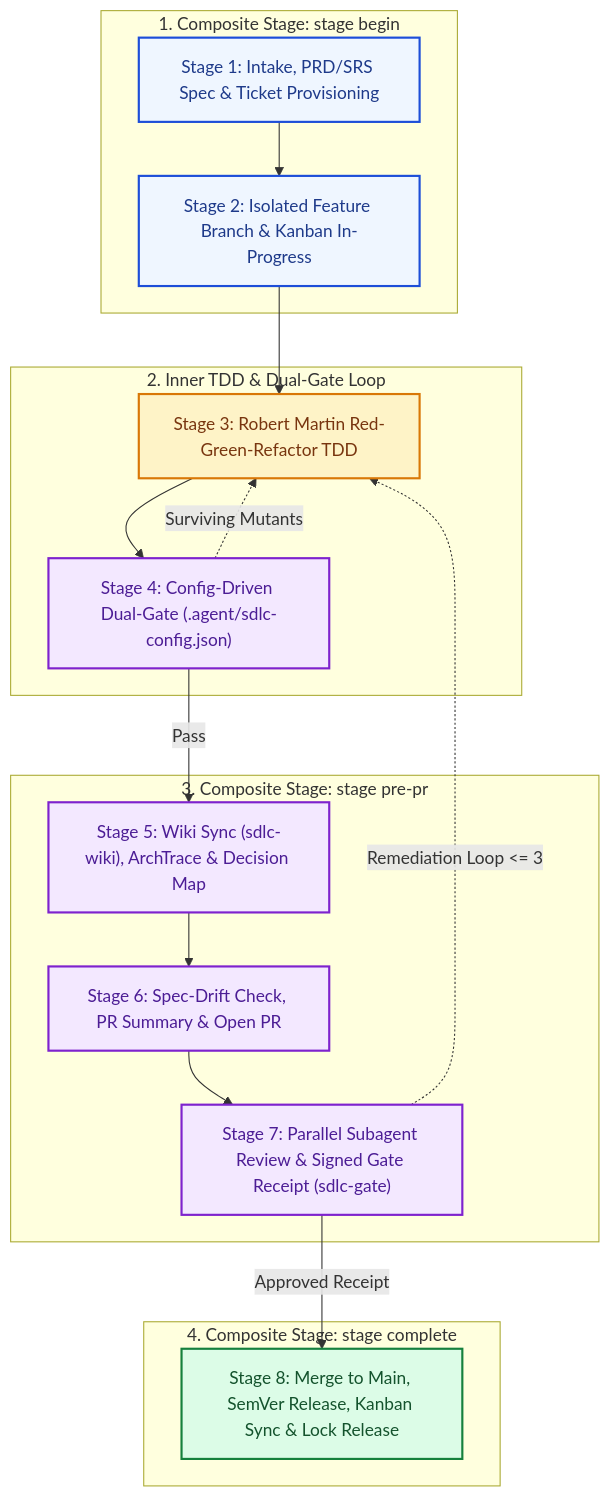
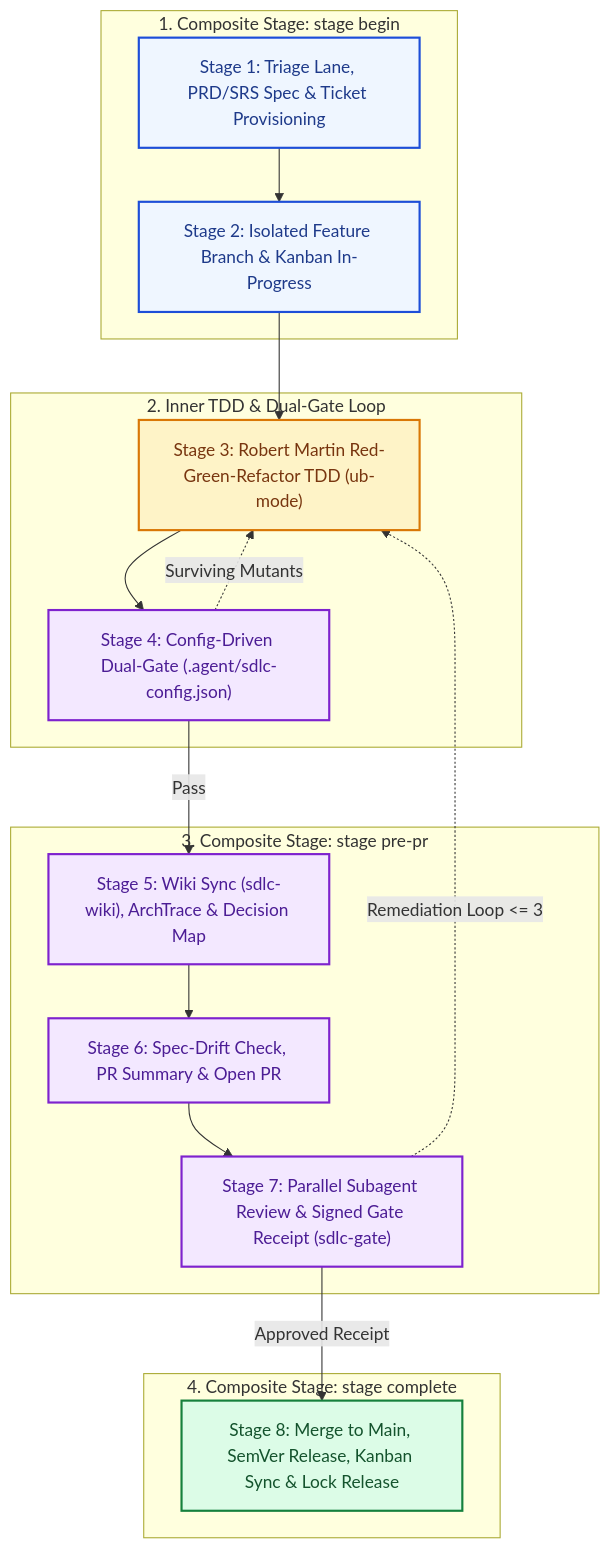
Before and after one commit to fmatar/sealit: the diagram in wiki/Home.md, drawn with Mermaid. The commit also changed other lines of this file and 21 other files, not shown here.

Commit message:
docs(#114): upgrade README, wiki, PRD & SRS with v0.4.0 architecture and Archlens links

````diff
--- a/wiki/Home.md
+++ b/wiki/Home.md
@@ -35,36 +43,36 @@
 ```mermaid
 flowchart TD
     classDef intake fill:#eff6ff,stroke:#1d4ed8,stroke-width:2px,color:#1e3a8a
     classDef build fill:#fef3c7,stroke:#d97706,stroke-width:2px,color:#78350f
     classDef verify fill:#f3e8ff,stroke:#7e22ce,stroke-width:2px,color:#4c1d95
     classDef ship fill:#dcfce7,stroke:#15803d,stroke-width:2px,color:#14532d
 
     subgraph CompositeBegin ["1. Composite Stage: stage begin"]
-      S1["Stage 1: Intake, PRD/SRS Spec & Ticket Provisioning"]:::intake
+      S1["Stage 1: Triage Lane, PRD/SRS Spec & Ticket Provisioning"]:::intake
       S2["Stage 2: Isolated Feature Branch & Kanban In-Progress"]:::intake
       S1 --> S2
     end
 
     subgraph CoreLoop ["2. Inner TDD & Dual-Gate Loop"]
-      S3["Stage 3: Robert Martin Red-Green-Refactor TDD"]:::build
+      S3["Stage 3: Robert Martin Red-Green-Refactor TDD (ub-mode)"]:::build
       S4["Stage 4: Config-Driven Dual-Gate (.agent/sdlc-config.json)"]:::verify
       S3 --> S4
     end
 
     subgraph CompositePrePR ["3. Composite Stage: stage pre-pr"]
       S5["Stage 5: Wiki Sync (sdlc-wiki), ArchTrace & Decision Map"]:::verify
       S6["Stage 6: Spec-Drift Check, PR Summary & Open PR"]:::verify
       S7["Stage 7: Parallel Subagent Review & Signed Gate Receipt (sdlc-gate)"]:::verify
       S5 --> S6 --> S7
     end
 
     subgraph CompositeComplete ["4. Composite Stage: stage complete"]
       S8["Stage 8: Merge to Main, SemVer Release, Kanban Sync & Lock Release"]:::ship
     end
 
     S2 --> S3
     S4 -->|Pass| S5
     S4 -.->|Surviving Mutants| S3
     S7 -->|Approved Receipt| S8
     S7 -.->|Remediation Loop <= 3| S3
 ```
````
